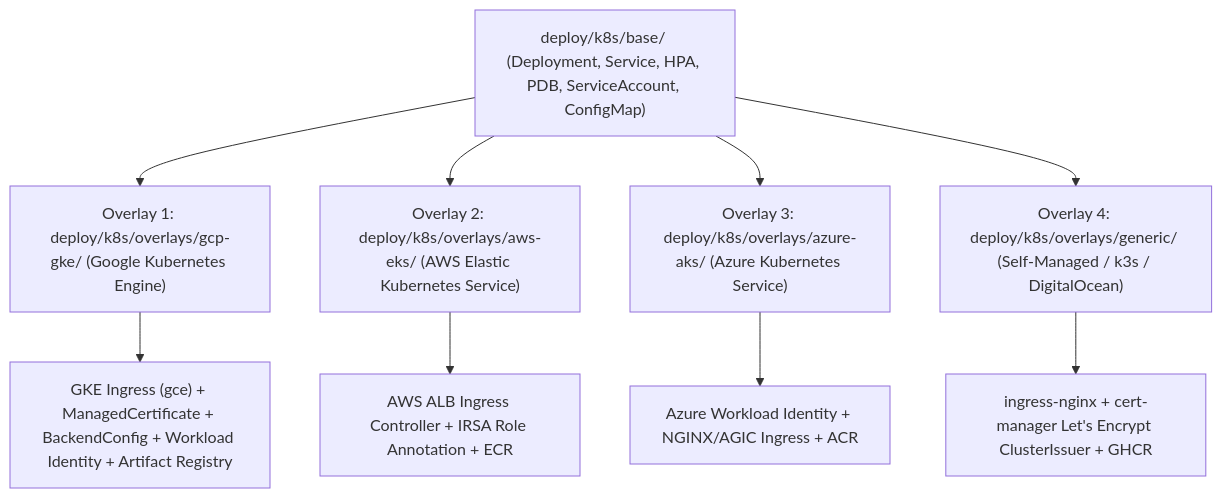
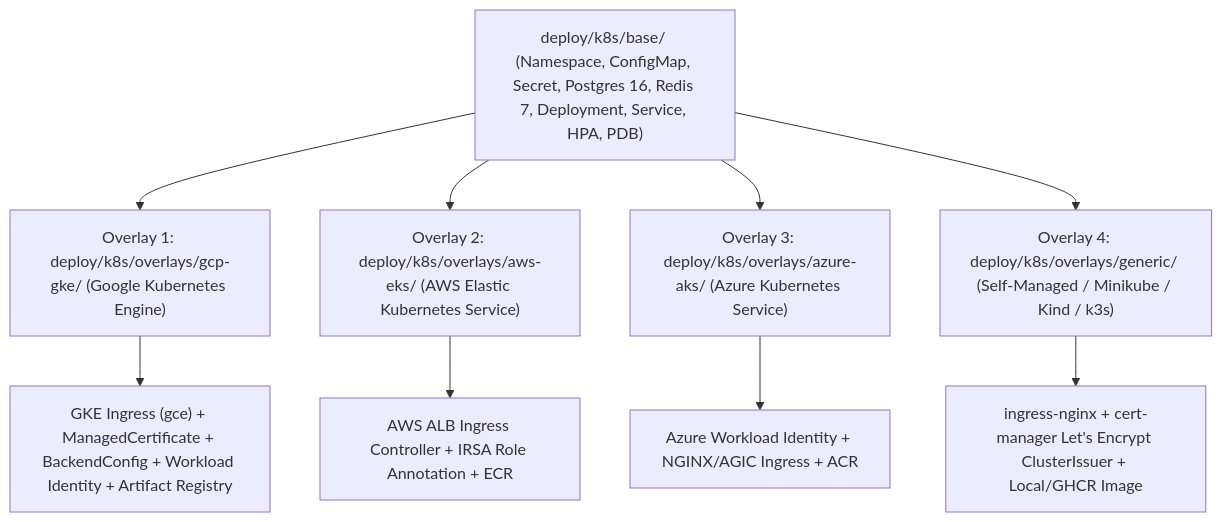
Before and after one commit to aldian/fuel-route-optimizer: the fourth of 6 diagrams in specs/07-cicd-and-production-deployment-cli.md, drawn with Mermaid. The commit also changed other lines of this file and 22 other files, not shown here.

Commit message:
Complete Kubernetes deployment manifests, multi-replica DB advisory lock, Pod IP health probe support, and K8s deploy script generation

````diff
--- a/specs/07-cicd-and-production-deployment-cli.md
+++ b/specs/07-cicd-and-production-deployment-cli.md
@@ -187,14 +187,14 @@
 ```mermaid
 flowchart TD
-    Base["deploy/k8s/base/ (Deployment, Service, HPA, PDB, ServiceAccount, ConfigMap)"]
+    Base["deploy/k8s/base/ (Namespace, ConfigMap, Secret, Postgres 16, Redis 7, Deployment, Service, HPA, PDB)"]
 
     Base --> GKE["Overlay 1: deploy/k8s/overlays/gcp-gke/ (Google Kubernetes Engine)"]
     Base --> EKS["Overlay 2: deploy/k8s/overlays/aws-eks/ (AWS Elastic Kubernetes Service)"]
     Base --> AKS["Overlay 3: deploy/k8s/overlays/azure-aks/ (Azure Kubernetes Service)"]
-    Base --> Gen["Overlay 4: deploy/k8s/overlays/generic/ (Self-Managed / k3s / DigitalOcean)"]
+    Base --> Gen["Overlay 4: deploy/k8s/overlays/generic/ (Self-Managed / Minikube / Kind / k3s)"]
 
     GKE --> GKEDetails["GKE Ingress (gce) + ManagedCertificate + BackendConfig + Workload Identity + Artifact Registry"]
     EKS --> EKSDetails["AWS ALB Ingress Controller + IRSA Role Annotation + ECR"]
     AKS --> AKSDetails["Azure Workload Identity + NGINX/AGIC Ingress + ACR"]
-    Gen --> GenDetails["ingress-nginx + cert-manager Let's Encrypt ClusterIssuer + GHCR"]
+    Gen --> GenDetails["ingress-nginx + cert-manager Let's Encrypt ClusterIssuer + Local/GHCR Image"]
 ```
````
